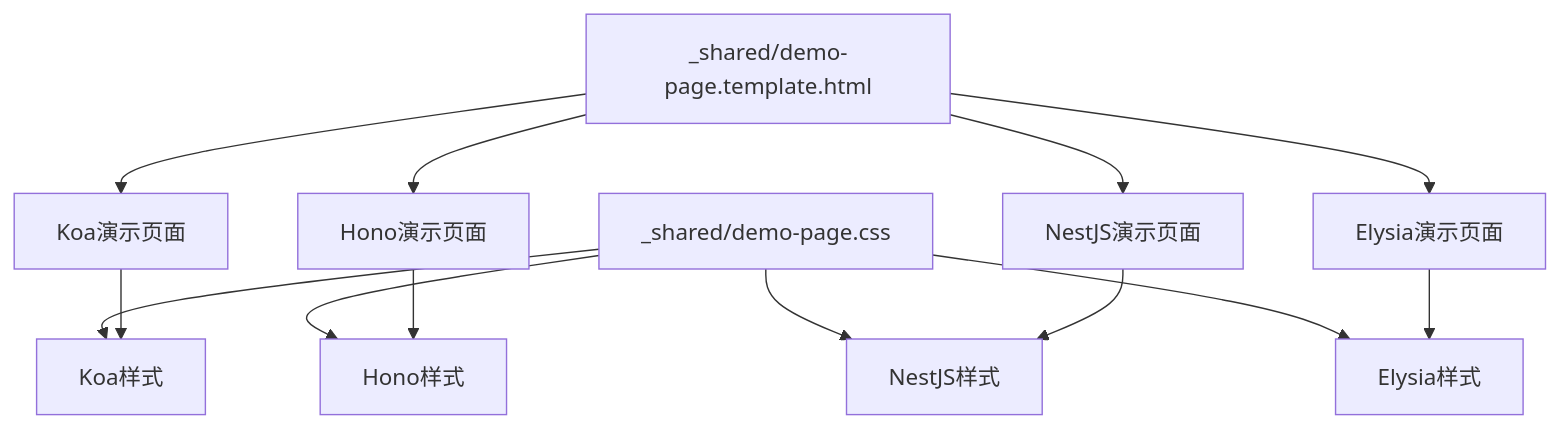
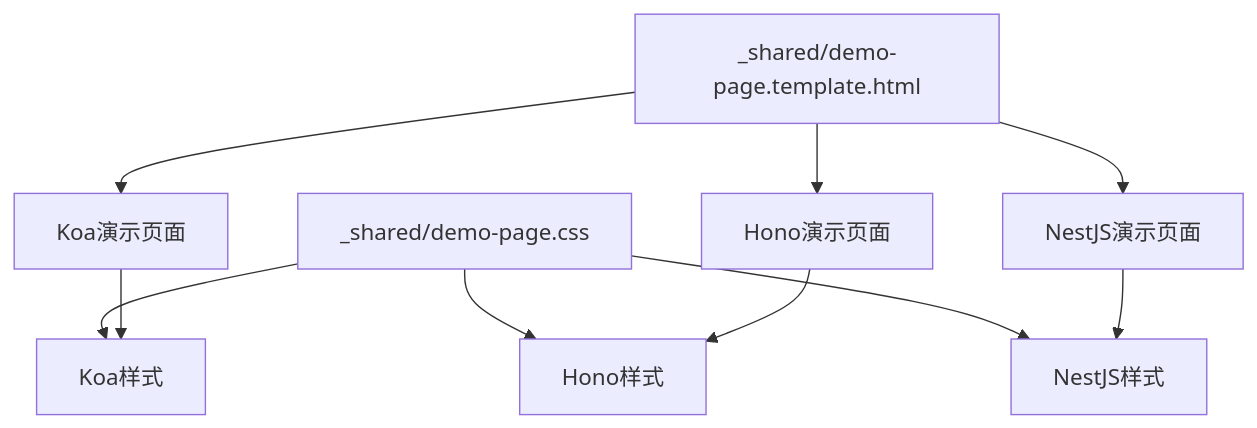
One commit to esa-sp/test-for-aone-ci changed the seventh of 8 diagrams in .qoder/repowiki/zh/content/后端框架测试/Koa、Hono、NestJS框架测试.md. Above: the diagram before and after it, drawn with Mermaid. The commit also changed other lines of this file and 31 other files, not shown here.

````diff
--- a/.qoder/repowiki/zh/content/后端框架测试/Koa、Hono、NestJS框架测试.md
+++ b/.qoder/repowiki/zh/content/后端框架测试/Koa、Hono、NestJS框架测试.md
@@ -512,15 +396,12 @@
 ```mermaid
 graph TB
 SharedTemplate["_shared/demo-page.template.html"] --> KoaDemo["Koa演示页面"]
 SharedTemplate --> HonoDemo["Hono演示页面"]
 SharedTemplate --> NestDemo["NestJS演示页面"]
-SharedTemplate --> ElysiaDemo["Elysia演示页面"]
 SharedCSS["_shared/demo-page.css"] --> KoaCSS["Koa样式"]
 SharedCSS --> HonoCSS["Hono样式"]
 SharedCSS --> NestCSS["NestJS样式"]
-SharedCSS --> ElysiaCSS["Elysia样式"]
 KoaDemo --> KoaCSS
 HonoDemo --> HonoCSS
 NestDemo --> NestCSS
-ElysiaDemo --> ElysiaCSS
 ```
````
